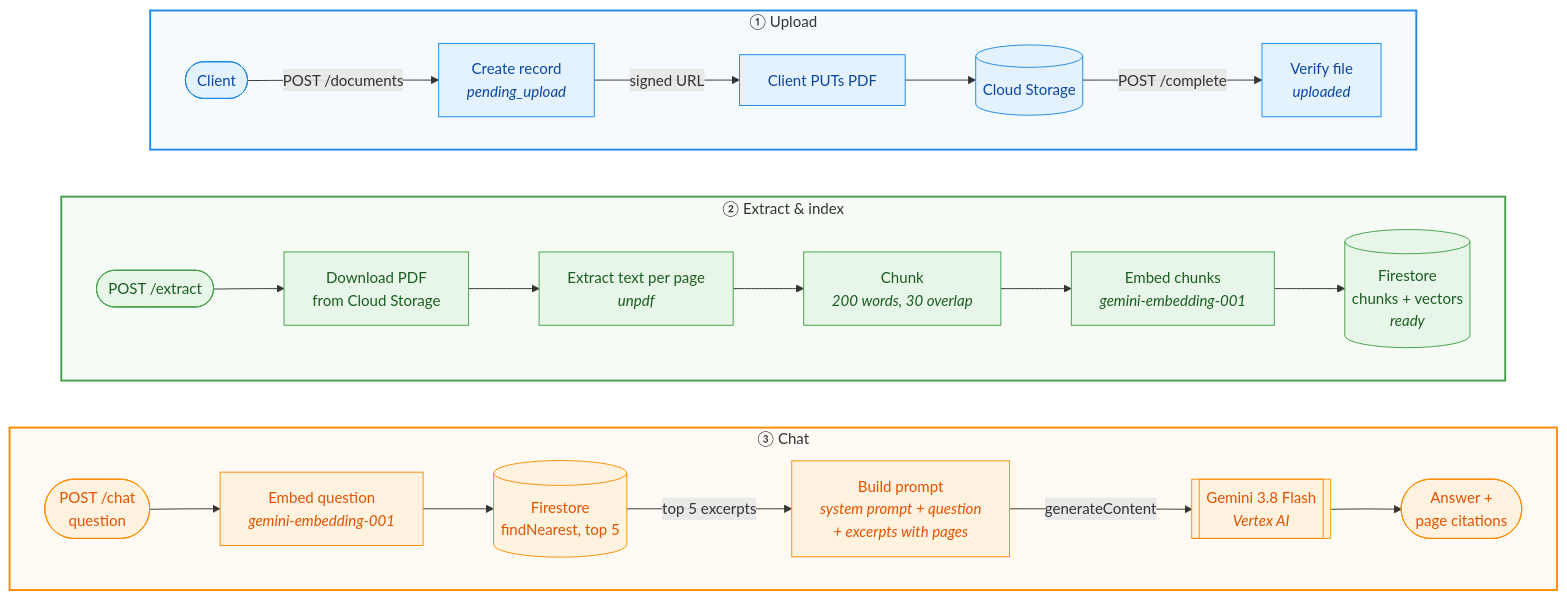
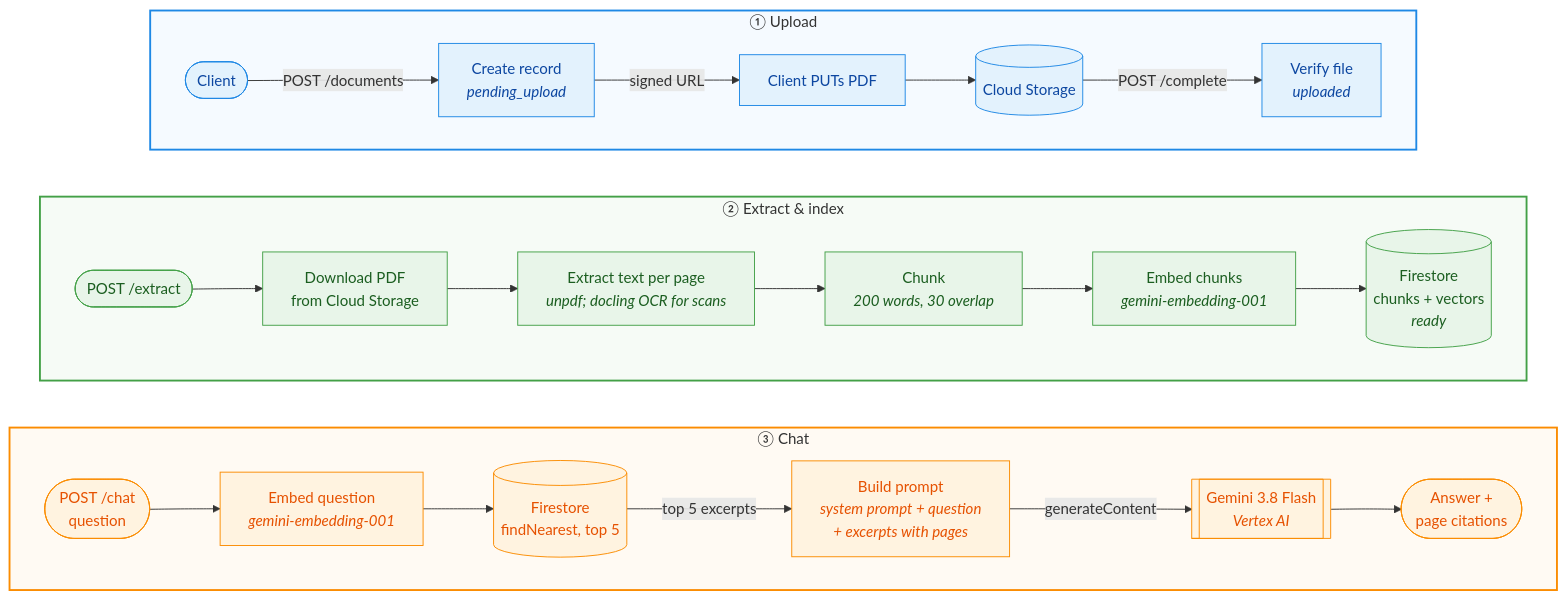
One commit to shrirambalakrishnan/chat-with-pdf changed the diagram in README.md. Above: the diagram before and after it, drawn with Mermaid. The commit also changed other lines of this file and 3 other files, not shown here.

First line of the commit message:
Document OCR with docling and EasyOCR

````diff
--- a/README.md
+++ b/README.md
@@ -14,40 +14,40 @@
 ```mermaid
 flowchart TB
     subgraph upload["① Upload"]
         direction LR
         u1(["Client"]) -->|"POST /documents"| u2["Create record<br/><i>pending_upload</i>"]
         u2 -->|"signed URL"| u3["Client PUTs PDF"]
         u3 --> u4[("Cloud Storage")]
         u4 -->|"POST /complete"| u5["Verify file<br/><i>uploaded</i>"]
     end
 
     subgraph ingest["② Extract & index"]
         direction LR
         i1(["POST /extract"]) --> i2["Download PDF<br/>from Cloud Storage"]
-        i2 --> i3["Extract text per page<br/><i>unpdf</i>"]
+        i2 --> i3["Extract text per page<br/><i>unpdf; docling OCR for scans</i>"]
         i3 --> i4["Chunk<br/><i>200 words, 30 overlap</i>"]
         i4 --> i5["Embed chunks<br/><i>gemini-embedding-001</i>"]
         i5 --> i6[("Firestore<br/>chunks + vectors<br/><i>ready</i>")]
     end
 
     subgraph chat["③ Chat"]
         direction LR
         c1(["POST /chat<br/>question"]) --> c2["Embed question<br/><i>gemini-embedding-001</i>"]
         c2 --> c3[("Firestore<br/>findNearest, top 5")]
         c3 -->|"top 5 excerpts"| c4["Build prompt<br/><i>system prompt + question<br/>+ excerpts with pages</i>"]
         c4 -->|"generateContent"| c5[["Gemini 3.8 Flash<br/><i>Vertex AI</i>"]]
         c5 --> c6(["Answer +<br/>page citations"])
     end
 
     upload ~~~ ingest ~~~ chat
 
     classDef up fill:#e3f2fd,stroke:#1e88e5,color:#0d47a1
     classDef ing fill:#e8f5e9,stroke:#43a047,color:#1b5e20
     classDef ask fill:#fff3e0,stroke:#fb8c00,color:#e65100
     class u1,u2,u3,u4,u5 up
     class i1,i2,i3,i4,i5,i6 ing
     class c1,c2,c3,c4,c5,c6 ask
     style upload fill:#f5faff,stroke:#1e88e5,stroke-width:2px
     style ingest fill:#f6fbf6,stroke:#43a047,stroke-width:2px
     style chat fill:#fffaf3,stroke:#fb8c00,stroke-width:2px
 ```
````
